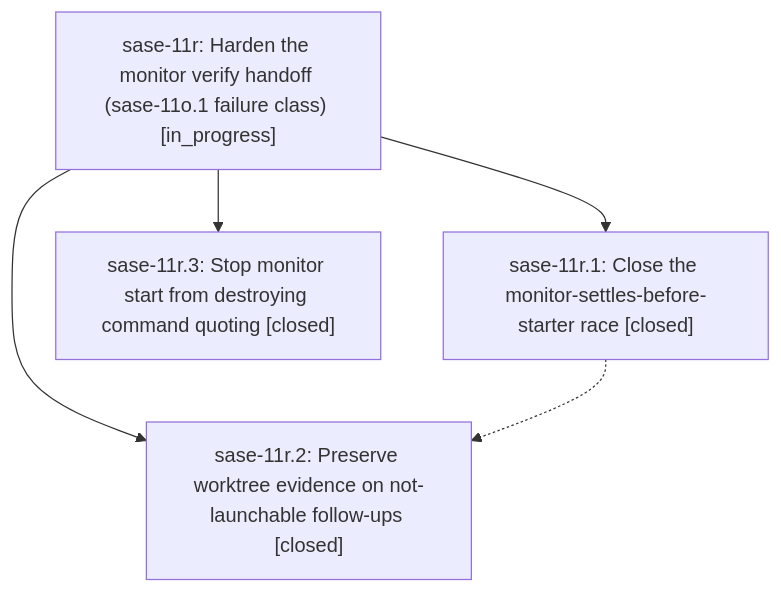
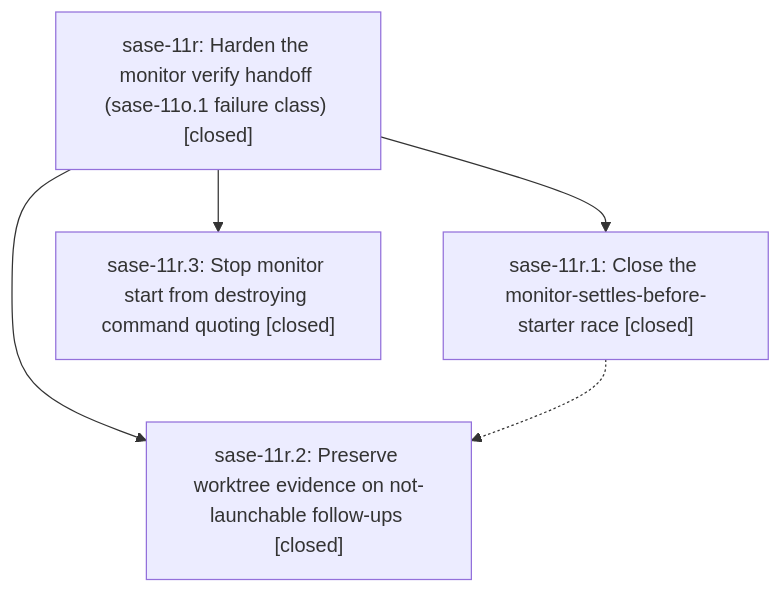
One commit to sase-org/sase--beads changed the diagram in pages/sase-11r/README.md. Above: the diagram before and after it, drawn with Mermaid. The commit also changed other lines of this file, not shown here.

First line of the commit message:
chore(beads): sync bead state and pages for sase-11r

````diff
--- a/pages/sase-11r/README.md
+++ b/pages/sase-11r/README.md
@@ -24,11 +53,11 @@
 ```mermaid
 flowchart TD
-    n0["sase-11r: Harden the monitor verify handoff (sase-11o.1 failure class) [in_progress]"]
+    n0["sase-11r: Harden the monitor verify handoff (sase-11o.1 failure class) [closed]"]
     n1["sase-11r.1: Close the monitor-settles-before-starter race [closed]"]
     n2["sase-11r.2: Preserve worktree evidence on not-launchable follow-ups [closed]"]
     n3["sase-11r.3: Stop monitor start from destroying command quoting [closed]"]
     n0 --> n1
     n0 --> n2
     n0 --> n3
     n1 -.-> n2
 ```
````
